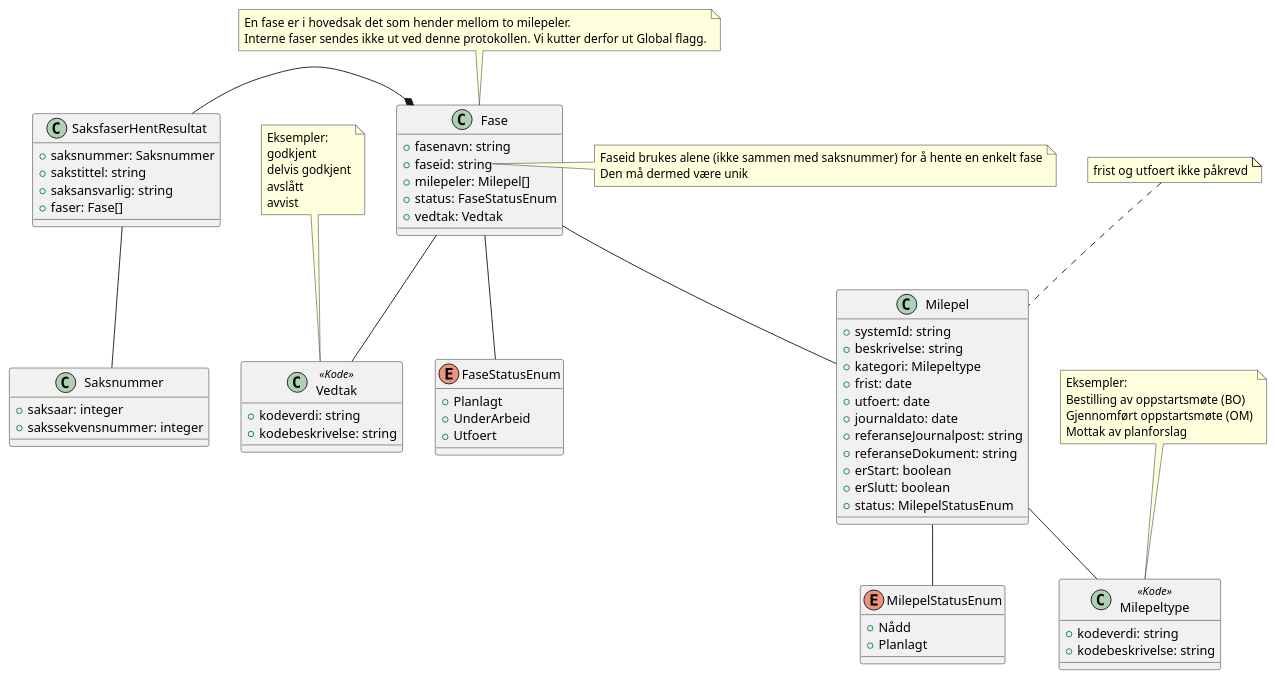
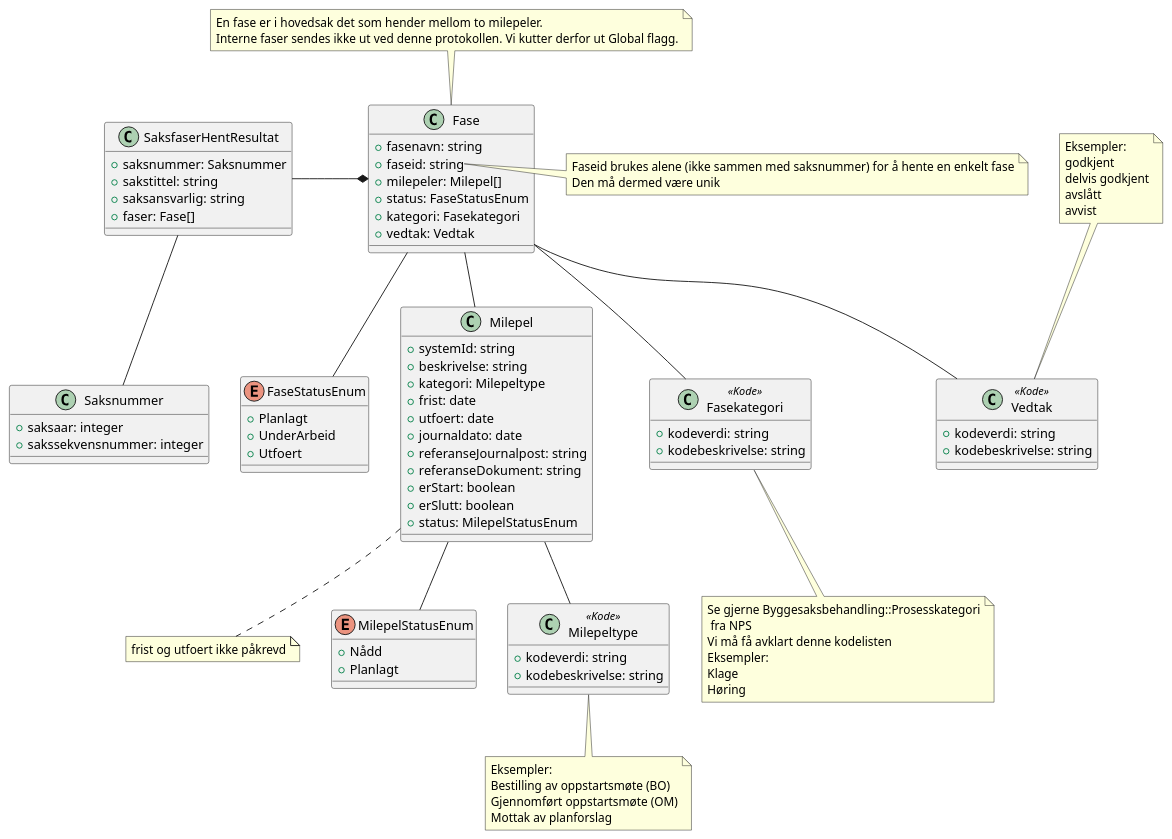
One commit to ks-no/fiks-saksfaser-specification changed the diagram in Dokumentasjon/V1/ClassDiagrams/no.ks.fiks.saksfaser.v1.saksfaser.hent.resultat/classdiagram.pu. Above: the diagram before and after it, drawn with PlantUML. The commit also changed 27 other files, not shown here.

```diff
--- a/Dokumentasjon/V1/ClassDiagrams/no.ks.fiks.saksfaser.v1.saksfaser.hent.resultat/classdiagram.pu
+++ b/Dokumentasjon/V1/ClassDiagrams/no.ks.fiks.saksfaser.v1.saksfaser.hent.resultat/classdiagram.pu
@@ -1,82 +1,92 @@
 @startuml
 class SaksfaserHentResultat {
     +saksnummer: Saksnummer
     +sakstittel: string
     +saksansvarlig: string
     +faser: Fase[]
 }
 
 SaksfaserHentResultat -* Fase
 SaksfaserHentResultat -- Saksnummer
 
 note top of Fase : En fase er i hovedsak det som hender mellom to milepeler.\nInterne faser sendes ikke ut ved denne protokollen. Vi kutter derfor ut Global flagg. 
 
 class Fase {
     +fasenavn: string
     +faseid: string
     +milepeler: Milepel[]
     +status: FaseStatusEnum
+    +kategori: Fasekategori
     +vedtak: Vedtak
 }
 
 note right of Fase::faseid
     Faseid brukes alene (ikke sammen med saksnummer) for å hente en enkelt fase
     Den må dermed være unik 
 end note
 
+class Fasekategori <<Kode>> {
+    +kodeverdi: string
+    +kodebeskrivelse: string
+}
+
+note bottom of Fasekategori : Se gjerne Byggesaksbehandling::Prosesskategori\n fra NPS\nVi må få avklart denne kodelisten\nEksempler:\nKlage\nHøring 
+
+
+Fase -- Fasekategori
 Fase -- Vedtak
 
 note top of Vedtak : Eksempler:\ngodkjent\ndelvis godkjent\navslått\navvist 
 
 class Vedtak <<Kode>> {
     +kodeverdi: string
     +kodebeskrivelse: string
 }
 
 Fase -- FaseStatusEnum
 
 enum FaseStatusEnum {
     +Planlagt
     +UnderArbeid
     +Utfoert
 }
 
 Fase -- Milepel
 
-note top of Milepel: frist og utfoert ikke påkrevd
+note bottom of Milepel: frist og utfoert ikke påkrevd
 
 class Milepel {
     +systemId: string
     +beskrivelse: string
     +kategori: Milepeltype
     +frist: date
     +utfoert: date
     +journaldato: date
     +referanseJournalpost: string
     +referanseDokument: string
     +erStart: boolean
     +erSlutt: boolean
     +status: MilepelStatusEnum
 }
 
 Milepel -- MilepelStatusEnum
 Milepel -- Milepeltype
 
-note top of Milepeltype : Eksempler: \nBestilling av oppstartsmøte (BO)\nGjennomført oppstartsmøte (OM)\nMottak av planforslag
+note bottom of Milepeltype : Eksempler: \nBestilling av oppstartsmøte (BO)\nGjennomført oppstartsmøte (OM)\nMottak av planforslag
  
 class Milepeltype <<Kode>> {
     +kodeverdi: string
     +kodebeskrivelse: string
 }
 
 enum MilepelStatusEnum {
     +Nådd
     +Planlagt
 }
 
 class Saksnummer {
     +saksaar: integer
     +sakssekvensnummer: integer 
 }
 
 @enduml
```
